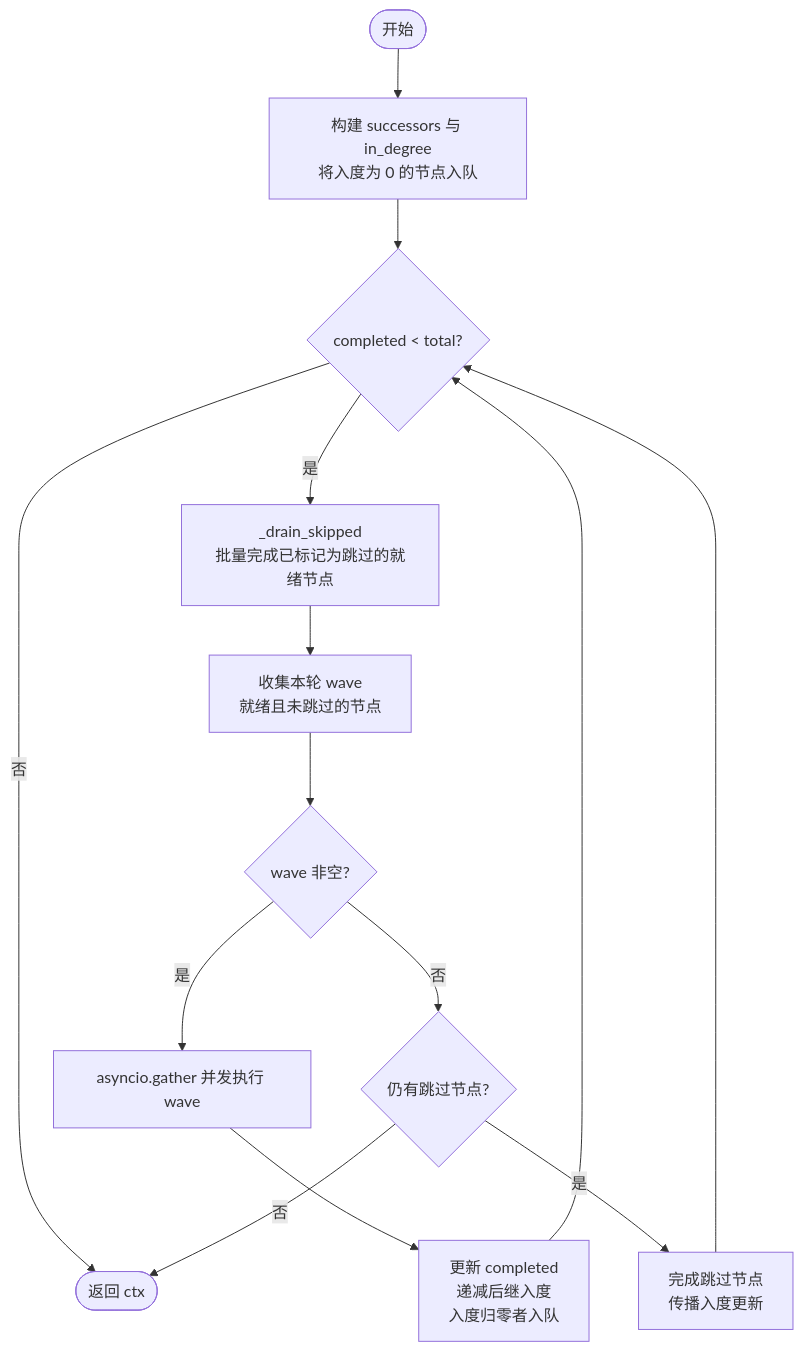
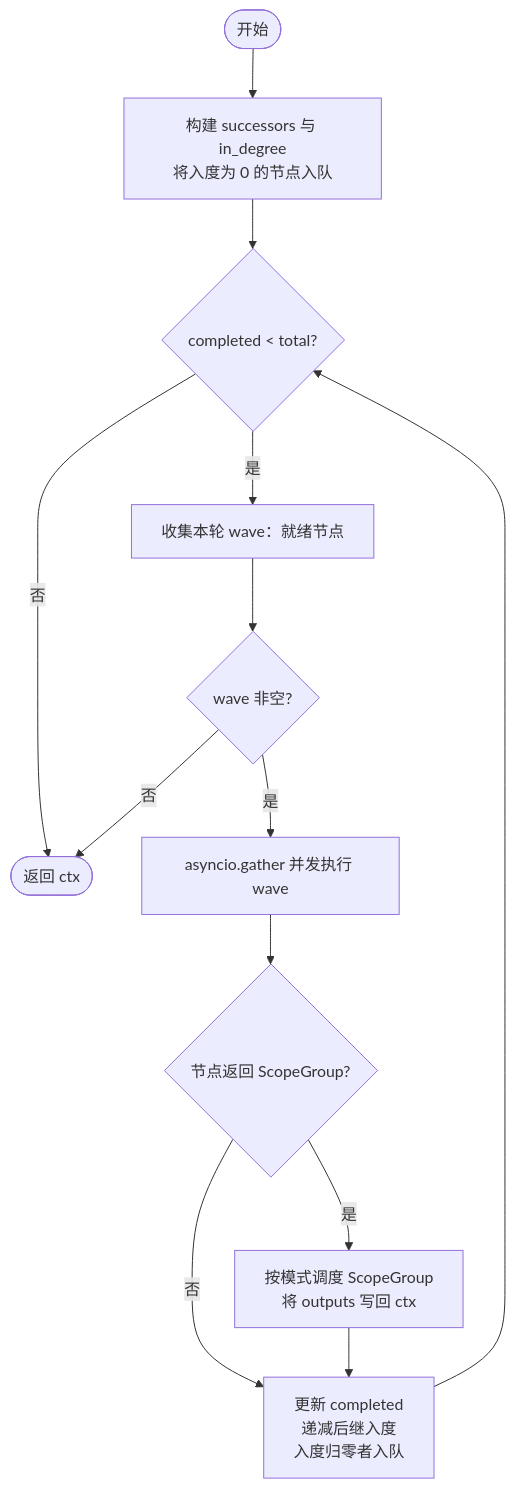
One commit to jianjian2048/okflow changed the fourth of 7 diagrams in document/dag-engine-design.md. Above: the diagram before and after it, drawn with Mermaid. The commit also changed other lines of this file and 2 other files, not shown here.

First line of the commit message:
引入 Scope/ScopeGroup 架构设计，重构控制流节点机制

````diff
--- a/document/dag-engine-design.md
+++ b/document/dag-engine-design.md
@@ -322,16 +381,15 @@
 ```mermaid
 flowchart TD
     S([开始]) --> INIT[构建 successors 与 in_degree\n将入度为 0 的节点入队]
     INIT --> LOOP{completed < total?}
     LOOP -- 否 --> END([返回 ctx])
-    LOOP -- 是 --> DRAIN[_drain_skipped\n批量完成已标记为跳过的就绪节点]
-    DRAIN --> COLLECT[收集本轮 wave\n就绪且未跳过的节点]
+    LOOP -- 是 --> COLLECT[收集本轮 wave：就绪节点]
     COLLECT --> HAS_WAVE{wave 非空?}
     HAS_WAVE -- 是 --> GATHER[asyncio.gather 并发执行 wave]
-    GATHER --> UPDATE[更新 completed\n递减后继入度\n入度归零者入队]
+    GATHER --> SCOPE{节点返回 ScopeGroup?}
+    SCOPE -- 是 --> RUN_SG[按模式调度 ScopeGroup\n将 outputs 写回 ctx]
+    SCOPE -- 否 --> UPDATE
+    RUN_SG --> UPDATE[更新 completed\n递减后继入度\n入度归零者入队]
     UPDATE --> LOOP
-    HAS_WAVE -- 否 --> HAS_SKIP{仍有跳过节点?}
-    HAS_SKIP -- 是 --> SKIP_UP[完成跳过节点\n传播入度更新]
-    SKIP_UP --> LOOP
-    HAS_SKIP -- 否 --> END
+    HAS_WAVE -- 否 --> END
 ```
````
